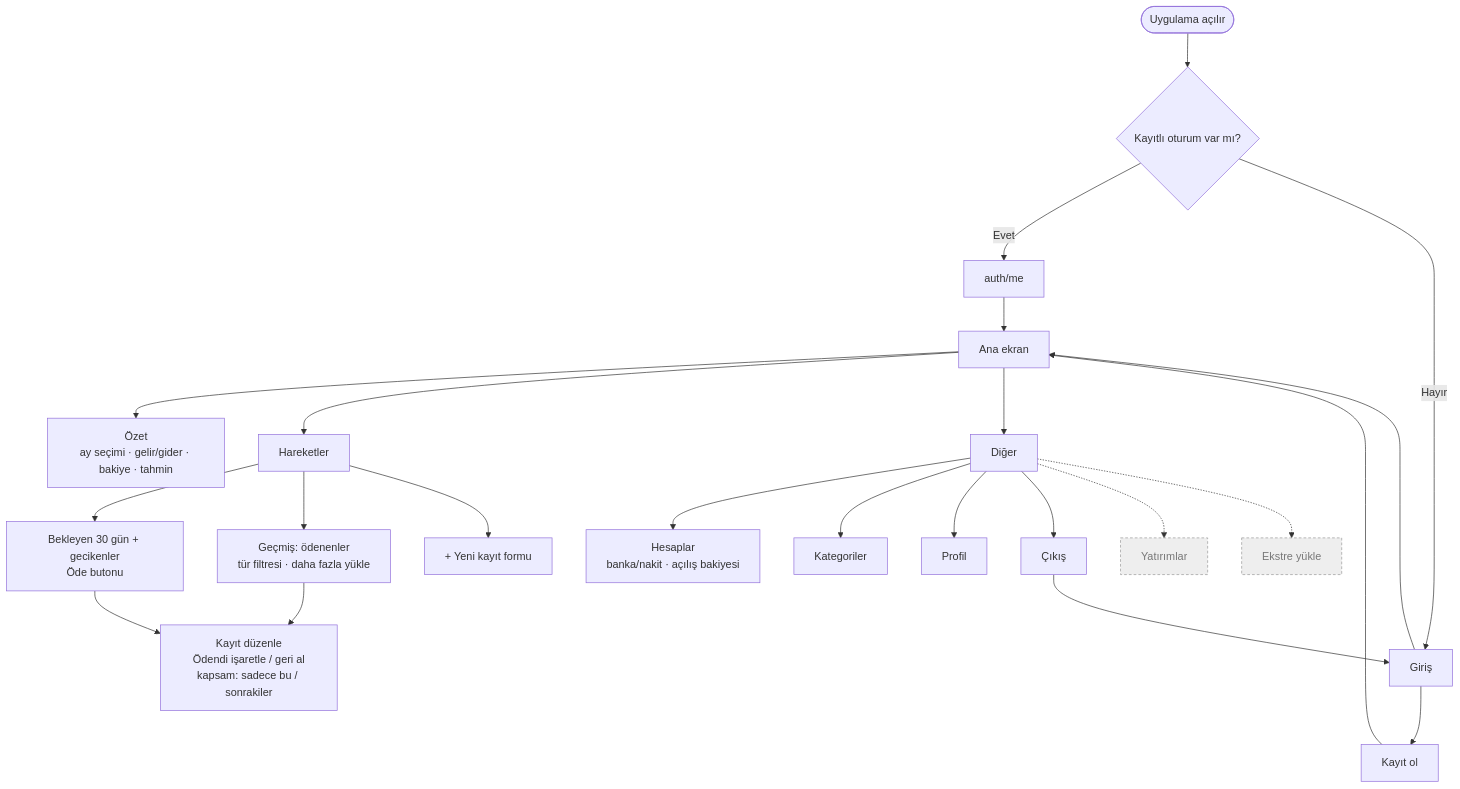
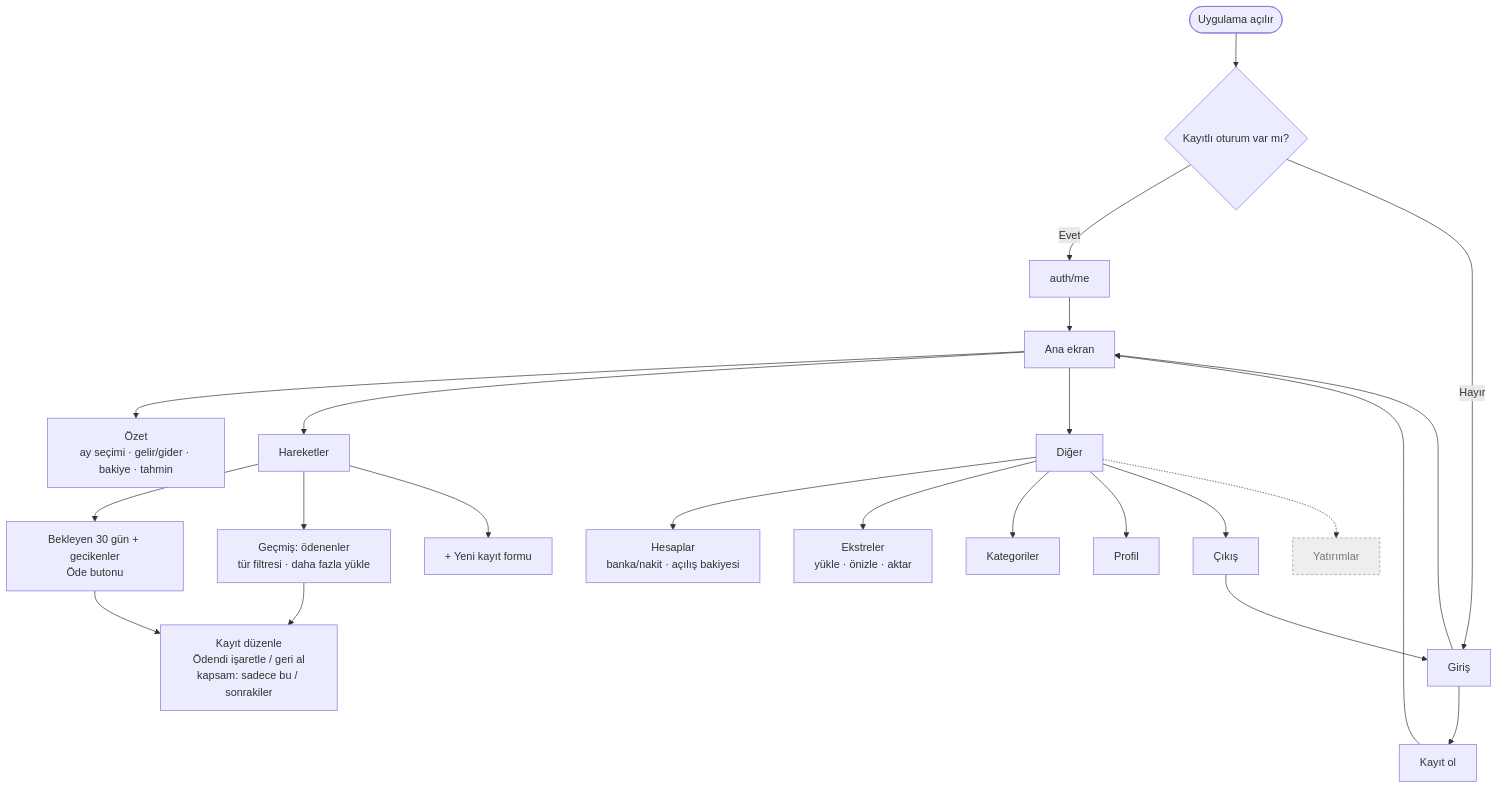
Before and after one commit to anilcelik0/saving: the seventh of 9 diagrams in docs/FLOW.md, drawn with Mermaid. The commit also changed other lines of this file and 30 other files, not shown here.

````diff
--- a/docs/FLOW.md
+++ b/docs/FLOW.md
@@ -175,27 +177,27 @@
 ```mermaid
 flowchart TD
     OPEN([Uygulama açılır]) --> TOK{Kayıtlı oturum var mı?}
     TOK -- Evet --> ME[auth/me] --> HOME
     TOK -- Hayır --> LOGIN[Giriş]
     LOGIN --> REG[Kayıt ol] --> HOME
     LOGIN --> HOME
 
     HOME[Ana ekran] --> S[Özet<br/>ay seçimi · gelir/gider · bakiye · tahmin]
     HOME --> H[Hareketler]
     HOME --> D[Diğer]
 
     H --> HB[Bekleyen 30 gün + gecikenler<br/>Öde butonu]
     H --> HG[Geçmiş: ödenenler<br/>tür filtresi · daha fazla yükle]
     H --> NEW[+ Yeni kayıt formu]
     HB --> EDIT[Kayıt düzenle<br/>Ödendi işaretle / geri al<br/>kapsam: sadece bu / sonrakiler]
     HG --> EDIT
 
     D --> ACC[Hesaplar<br/>banka/nakit · açılış bakiyesi]
+    D --> STM[Ekstreler<br/>yükle · önizle · aktar]
     D --> CAT[Kategoriler]
     D --> PRO[Profil]
     D --> OUT[Çıkış] --> LOGIN
 
     D -.-> INVS[Yatırımlar]:::todo
-    D -.-> STM[Ekstre yükle]:::todo
     classDef todo fill:#eee,stroke:#999,stroke-dasharray:4 3,color:#777
 ```
````
